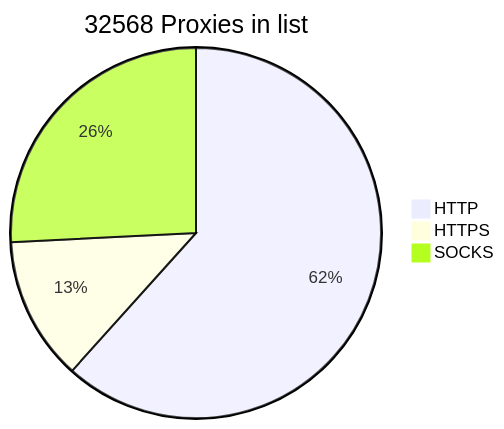
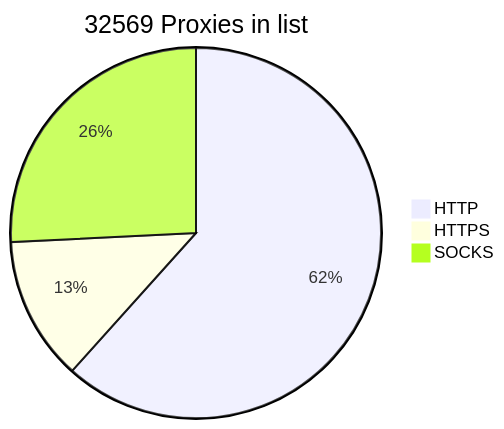
The diagram in README.md (BlackSnowDot/proxylist-update-every-minute), drawn with Mermaid before and after one commit.

````diff
--- a/README.md
+++ b/README.md
@@ -2,6 +2,6 @@
 ```mermaid
-pie title 32568 Proxies in list
+pie title 32569 Proxies in list
     "HTTP" : 22163
-    "HTTPS": 4514
+    "HTTPS": 4517
     "SOCKS" : 9269
 ```
````
